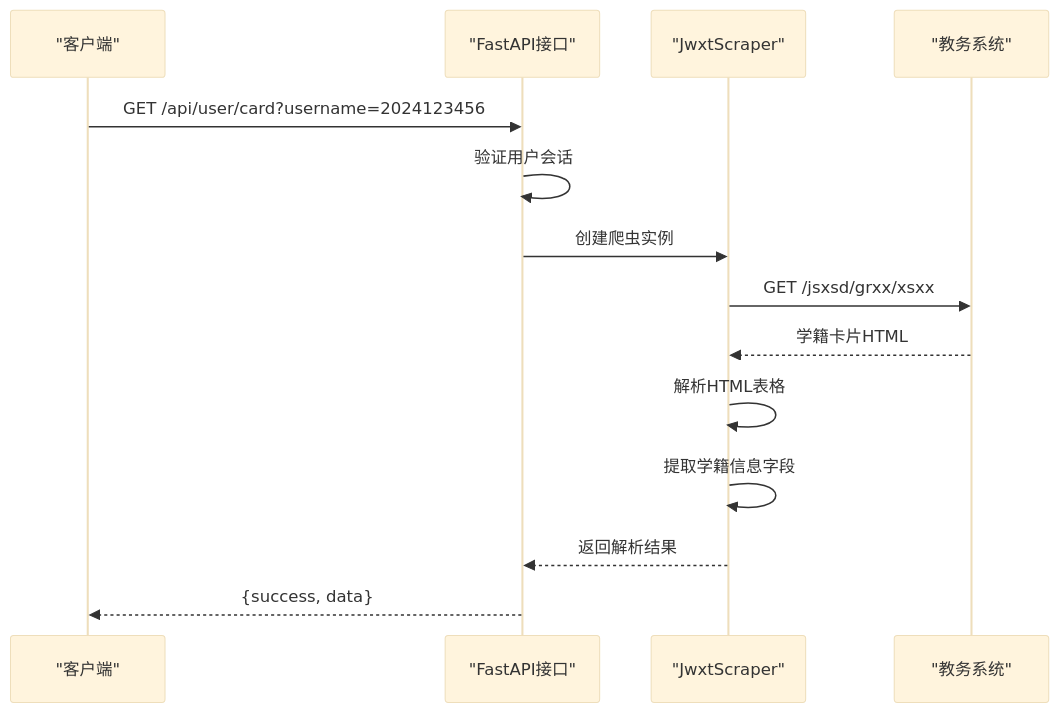
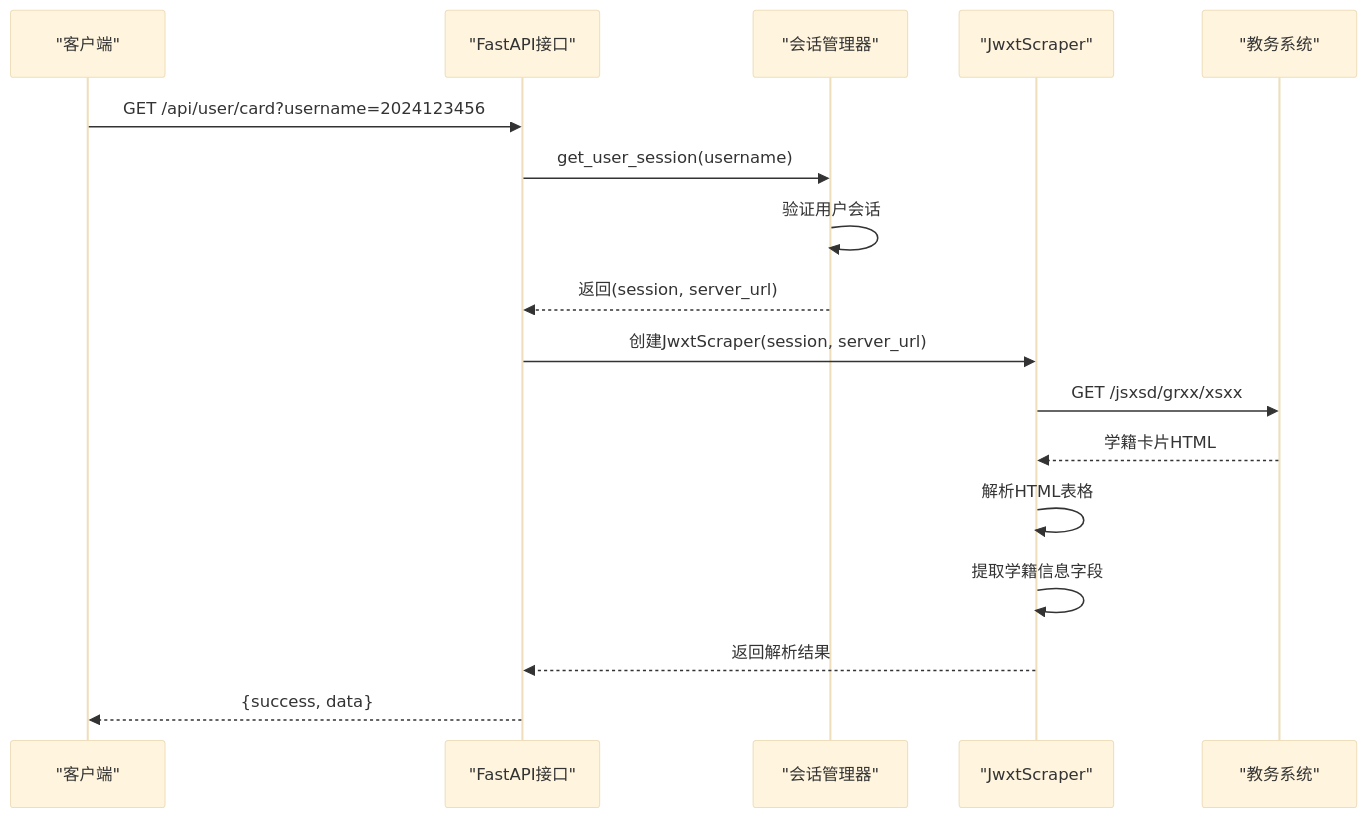
One commit to ghbbn053-ship-itsoulddog/soulddog changed the sixth of 12 diagrams in .qoder/repowiki/zh/content/后端API文档/个人信息查询API.md. Above: the diagram before and after it, drawn with Mermaid (base theme). The commit also changed other lines of this file and 4 other files, not shown here.

````diff
--- a/.qoder/repowiki/zh/content/后端API文档/个人信息查询API.md
+++ b/.qoder/repowiki/zh/content/后端API文档/个人信息查询API.md
@@ -276,16 +317,19 @@
 ```mermaid
 sequenceDiagram
 participant Client as "客户端"
 participant API as "FastAPI接口"
+participant SessionMgr as "会话管理器"
 participant Scraper as "JwxtScraper"
 participant EduSys as "教务系统"
 Client->>API : GET /api/user/card?username=2024123456
-API->>API : 验证用户会话
-API->>Scraper : 创建爬虫实例
+API->>SessionMgr : get_user_session(username)
+SessionMgr->>SessionMgr : 验证用户会话
+SessionMgr-->>API : 返回(session, server_url)
+API->>Scraper : 创建JwxtScraper(session, server_url)
 Scraper->>EduSys : GET /jsxsd/grxx/xsxx
 EduSys-->>Scraper : 学籍卡片HTML
 Scraper->>Scraper : 解析HTML表格
 Scraper->>Scraper : 提取学籍信息字段
 Scraper-->>API : 返回解析结果
 API-->>Client : {success, data}
 ```
````
